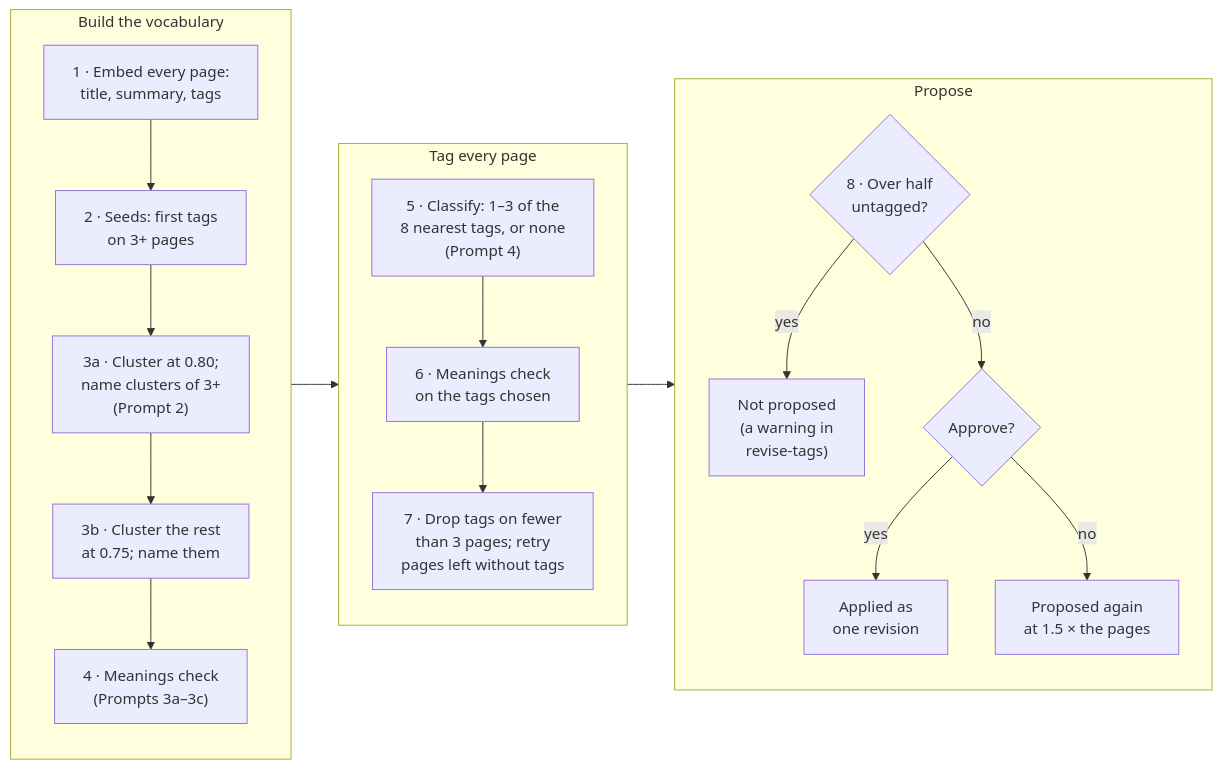
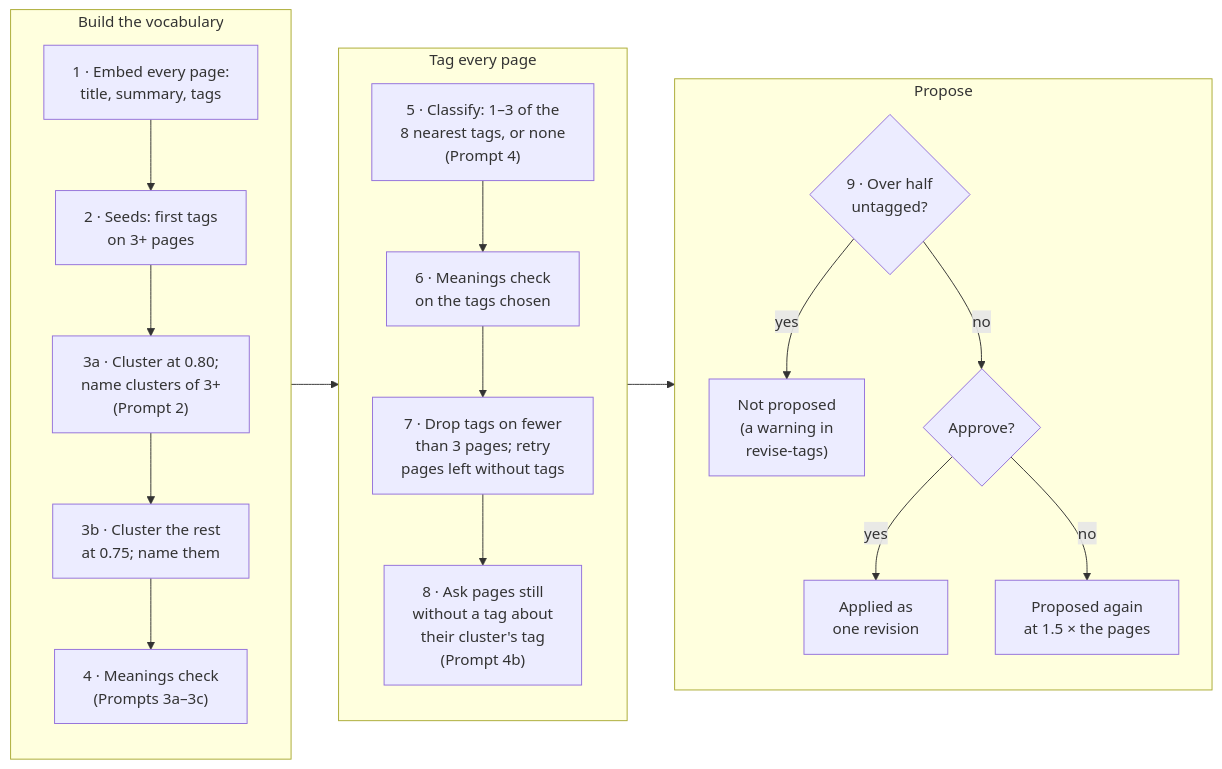
One commit to agegechkori/tabkeeper changed the fourth of 10 diagrams in docs/tagging-algorithm.md. Above: the diagram before and after it, drawn with Mermaid. The commit also changed other lines of this file, not shown here.

````diff
--- a/docs/tagging-algorithm.md
+++ b/docs/tagging-algorithm.md
@@ -232,23 +232,24 @@
 ```mermaid
 flowchart LR
   subgraph build["Build the vocabulary"]
     direction TB
     e["1 · Embed every page:<br/>title, summary, tags"] --> s["2 · Seeds: first tags<br/>on 3+ pages"]
     s --> c1["3a · Cluster at 0.80;<br/>name clusters of 3+<br/>(Prompt 2)"]
     c1 --> c2["3b · Cluster the rest<br/>at 0.75; name them"]
     c2 --> mc["4 · Meanings check<br/>(Prompts 3a–3c)"]
   end
   subgraph tag["Tag every page"]
     direction TB
     cl["5 · Classify: 1–3 of the<br/>8 nearest tags, or none<br/>(Prompt 4)"] --> mc2["6 · Meanings check<br/>on the tags chosen"]
     mc2 --> sup["7 · Drop tags on fewer<br/>than 3 pages; retry<br/>pages left without tags"]
+    sup --> res["8 · Ask pages still<br/>without a tag about<br/>their cluster's tag<br/>(Prompt 4b)"]
   end
   subgraph decide["Propose"]
     direction TB
-    g{"8 · Over half<br/>untagged?"} -->|"yes"| stop["Not proposed<br/>(a warning in<br/>revise-tags)"]
+    g{"9 · Over half<br/>untagged?"} -->|"yes"| stop["Not proposed<br/>(a warning in<br/>revise-tags)"]
     g -->|"no"| ap{"Approve?"}
     ap -->|"yes"| done["Applied as<br/>one revision"]
     ap -->|"no"| dec["Proposed again<br/>at 1.5 × the pages"]
   end
   build --> tag --> decide
 ```
````
